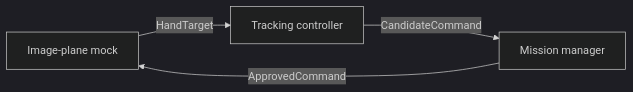
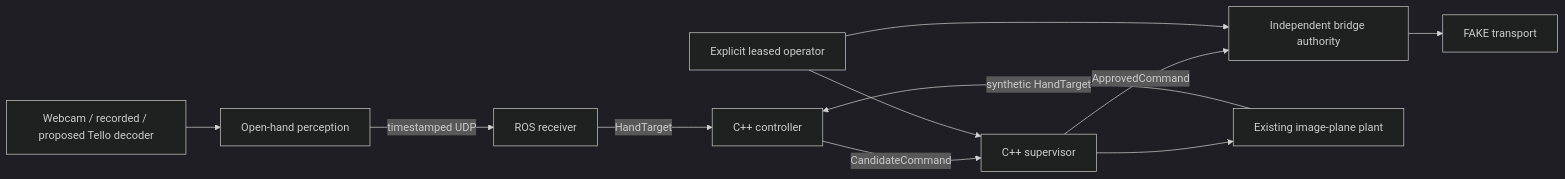
One commit to Codeedup/vision-guided-tello changed the diagram in README.md. Above: the diagram before and after it, drawn with Mermaid (dark theme). The commit also changed other lines of this file and 55 other files, not shown here.

Commit message:
Prepare offline measurement, transport safety and operator validation

````diff
--- a/README.md
+++ b/README.md
@@ -10,6 +13,13 @@
 ```mermaid
 flowchart LR
-    M["Image-plane mock"] -->|HandTarget| C["Tracking controller"]
-    C -->|CandidateCommand| S["Mission manager"]
-    S -->|ApprovedCommand| M
+  V[Webcam / recorded / proposed Tello decoder] --> P[Open-hand perception]
+  P -->|timestamped UDP| R[ROS receiver]
+  R -->|HandTarget| C[C++ controller]
+  C -->|CandidateCommand| S[C++ supervisor]
+  S -->|ApprovedCommand| B[Independent bridge authority]
+  O[Explicit leased operator] --> S
+  O --> B
+  B --> F[FAKE transport]
+  M[Existing image-plane plant] -->|synthetic HandTarget| C
+  S --> M
 ```
````
